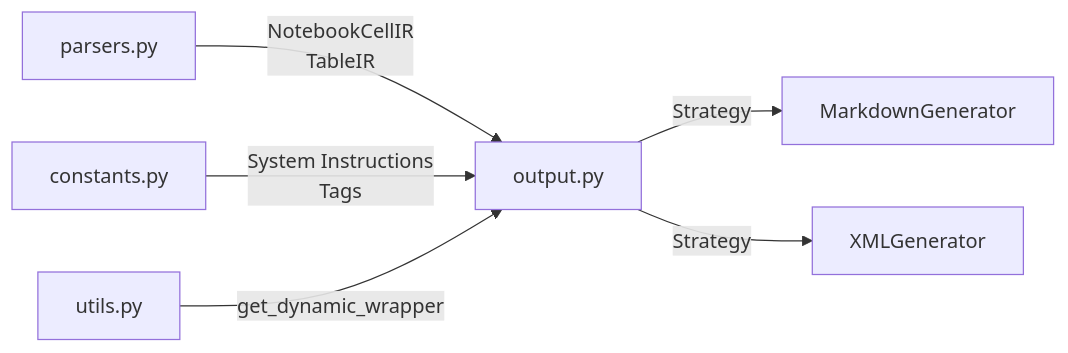
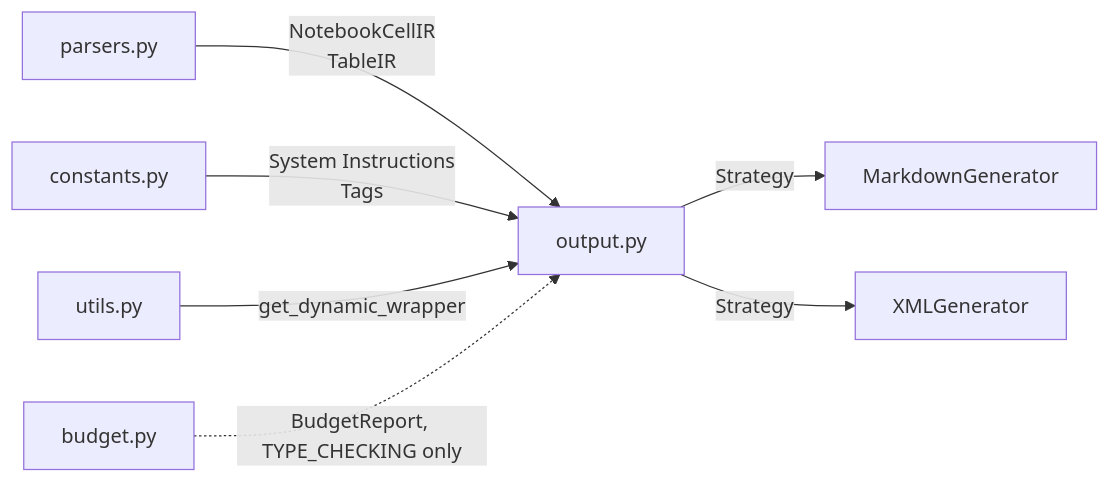
Before and after one commit to arianmokhtariha/data2prompt: the diagram in docs/output.md, drawn with Mermaid. The commit also changed other lines of this file and 14 other files, not shown here.

````diff
--- a/docs/output.md
+++ b/docs/output.md
@@ -15,8 +15,9 @@
 ```mermaid
 graph LR
     Parsers[parsers.py] -->|NotebookCellIR<br>TableIR| Output[output.py]
     Output -->|Strategy| MarkdownGenerator[MarkdownGenerator]
     Output -->|Strategy| XMLGenerator[XMLGenerator]
     Constants[constants.py] -->|System Instructions<br>Tags| Output
     Utils[utils.py] -->|get_dynamic_wrapper| Output
+    Budget[budget.py] -.BudgetReport, TYPE_CHECKING only.-> Output
 ```
````
